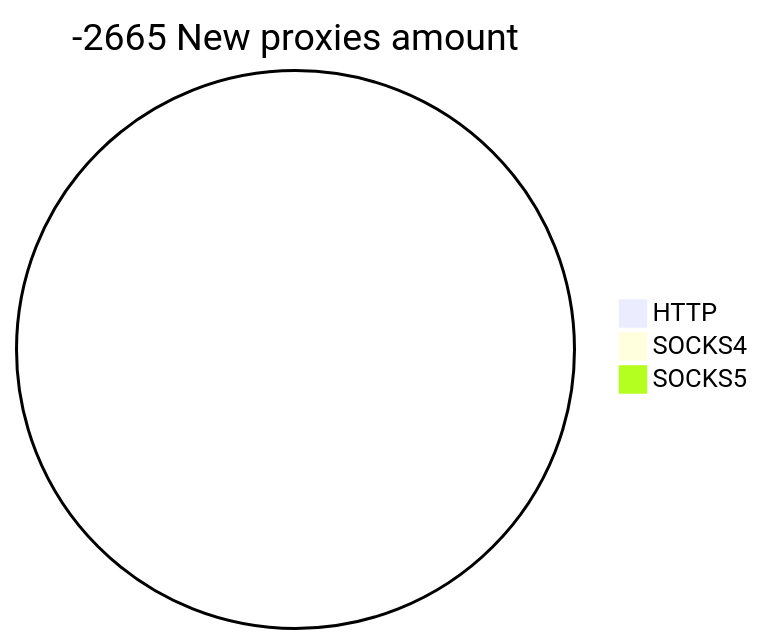
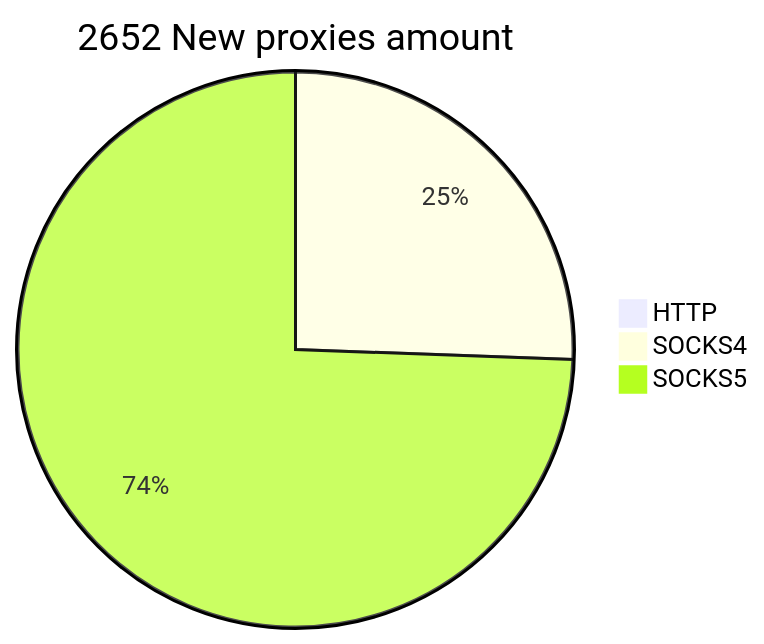
One commit to cutipu/proxylist changed the second of 2 diagrams in README.md. Above: the diagram before and after it, drawn with Mermaid. The commit also changed other lines of this file, not shown here.

````diff
--- a/README.md
+++ b/README.md
@@ -10,6 +10,6 @@
 ```mermaid
-pie title -2665 New proxies amount
-    "HTTP" : 0
-    "SOCKS4" : 0
-    "SOCKS5" : 0
+pie title 2652 New proxies amount
+    "HTTP" : 20
+    "SOCKS4" : 673
+    "SOCKS5" : 1959
 ```
````
